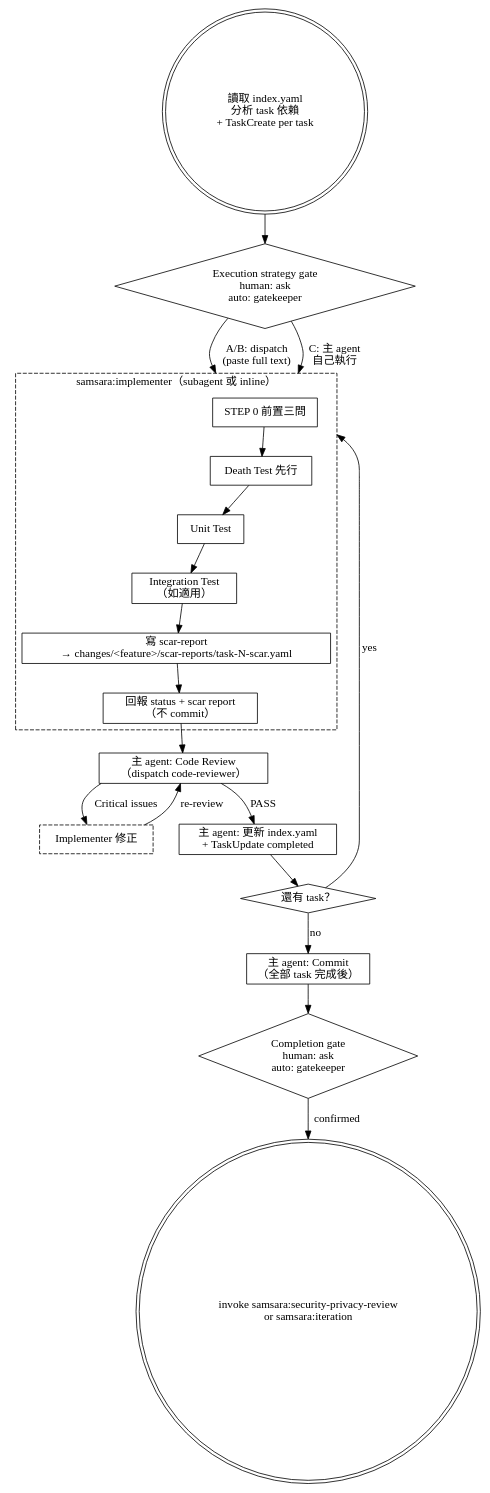
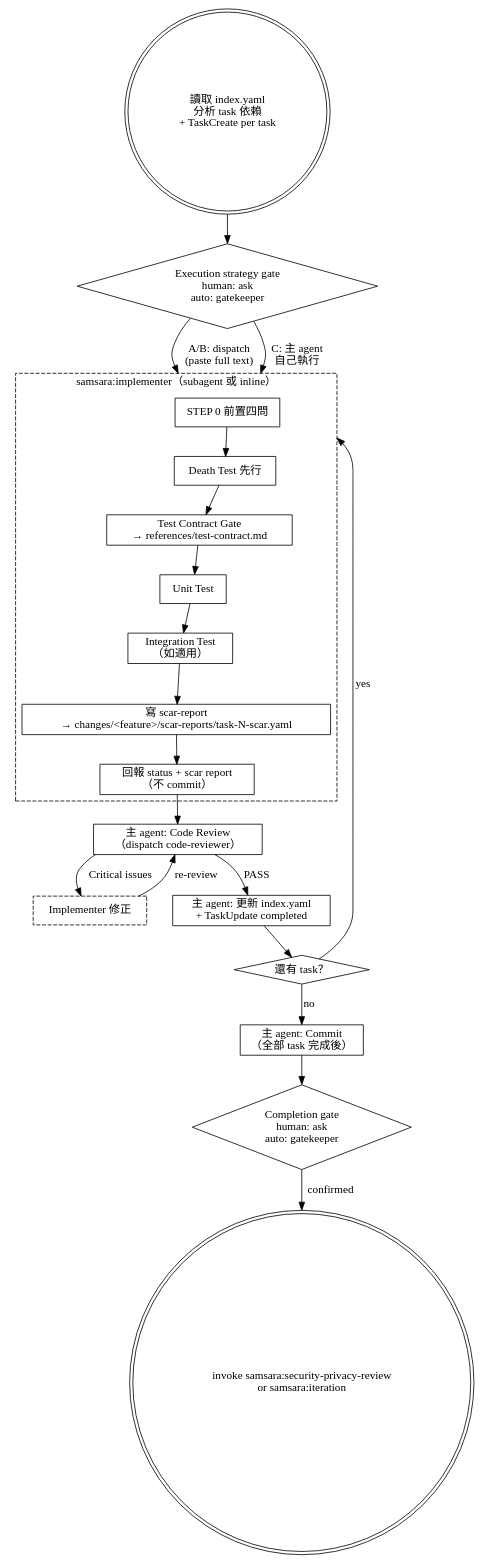
Before and after one commit to roymondliao/samsara: the diagram in skills/implement/SKILL.md, drawn with Graphviz. The commit also changed other lines of this file and 21 other files, not shown here.

First line of the commit message:
feat(samsara): contract-bound unit-test protocol across implement workflow

````diff
--- a/skills/implement/SKILL.md
+++ b/skills/implement/SKILL.md
@@ -21,48 +21,50 @@
 ```dot
 digraph implement {
     node [shape=box];
     compound=true;
 
     start [label="讀取 index.yaml\n分析 task 依賴\n+ TaskCreate per task" shape=doublecircle];
     mode [label="Execution strategy gate\nhuman: ask\nauto: gatekeeper" shape=diamond];
 
     subgraph cluster_implementer {
         label="samsara:implementer（subagent 或 inline）";
         style=dashed;
-        step0 [label="STEP 0 前置三問"];
+        step0 [label="STEP 0 前置四問"];
         death_test [label="Death Test 先行"];
+        contract_gate [label="Test Contract Gate\n→ references/test-contract.md"];
         unit_test [label="Unit Test"];
         integration [label="Integration Test\n（如適用）"];
         scar [label="寫 scar-report\n→ changes/<feature>/scar-reports/task-N-scar.yaml"];
         report [label="回報 status + scar report\n（不 commit）"];
     }
 
     review [label="主 agent: Code Review\n（dispatch code-reviewer）"];
     fix [label="Implementer 修正" style=dashed];
     update [label="主 agent: 更新 index.yaml\n+ TaskUpdate completed"];
     more [label="還有 task？" shape=diamond];
     commit [label="主 agent: Commit\n（全部 task 完成後）"];
     gate [label="Completion gate\nhuman: ask\nauto: gatekeeper" shape=diamond];
     next [label="invoke samsara:security-privacy-review\nor samsara:iteration" shape=doublecircle];
 
     start -> mode;
     mode -> step0 [label="A/B: dispatch\n(paste full text)" lhead=cluster_implementer];
     mode -> step0 [label="C: 主 agent\n自己執行" lhead=cluster_implementer];
 
     step0 -> death_test;
-    death_test -> unit_test;
+    death_test -> contract_gate;
+    contract_gate -> unit_test;
     unit_test -> integration;
     integration -> scar;
     scar -> report;
 
     report -> review;
     review -> update [label="PASS"];
     review -> fix [label="Critical issues"];
     fix -> review [label="re-review"];
     update -> more;
     more -> step0 [label="yes" lhead=cluster_implementer];
     more -> commit [label="no"];
     commit -> gate;
     gate -> next [label="confirmed"];
 }
 ```
````
